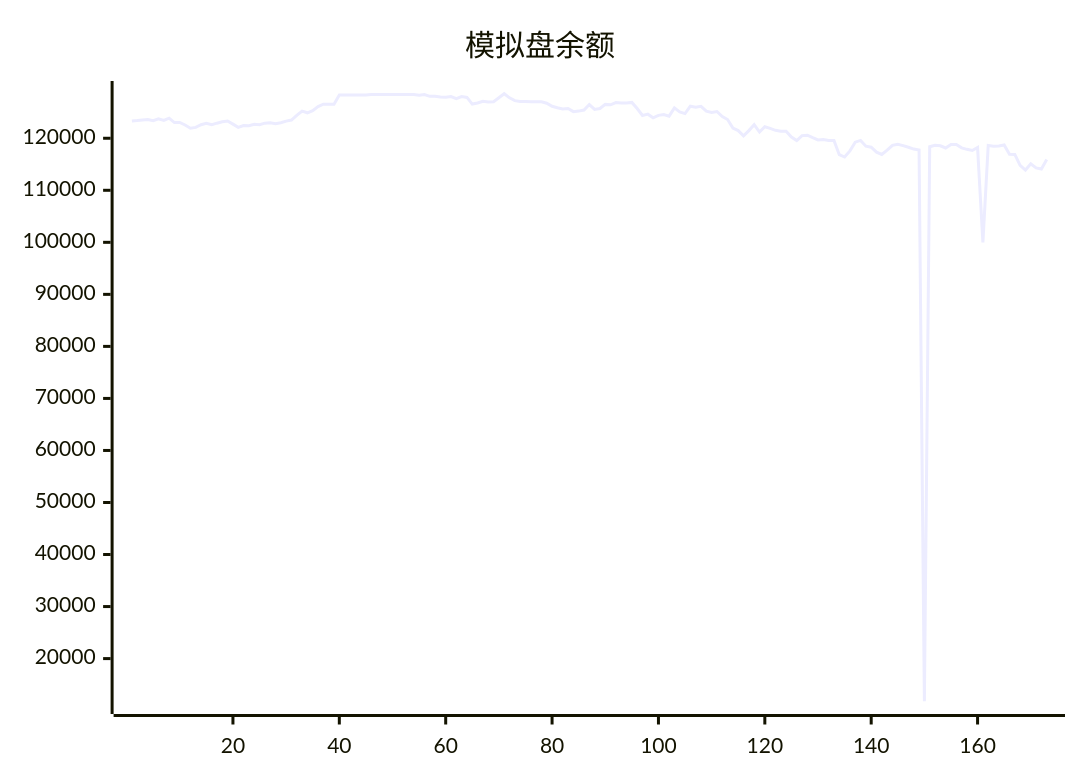
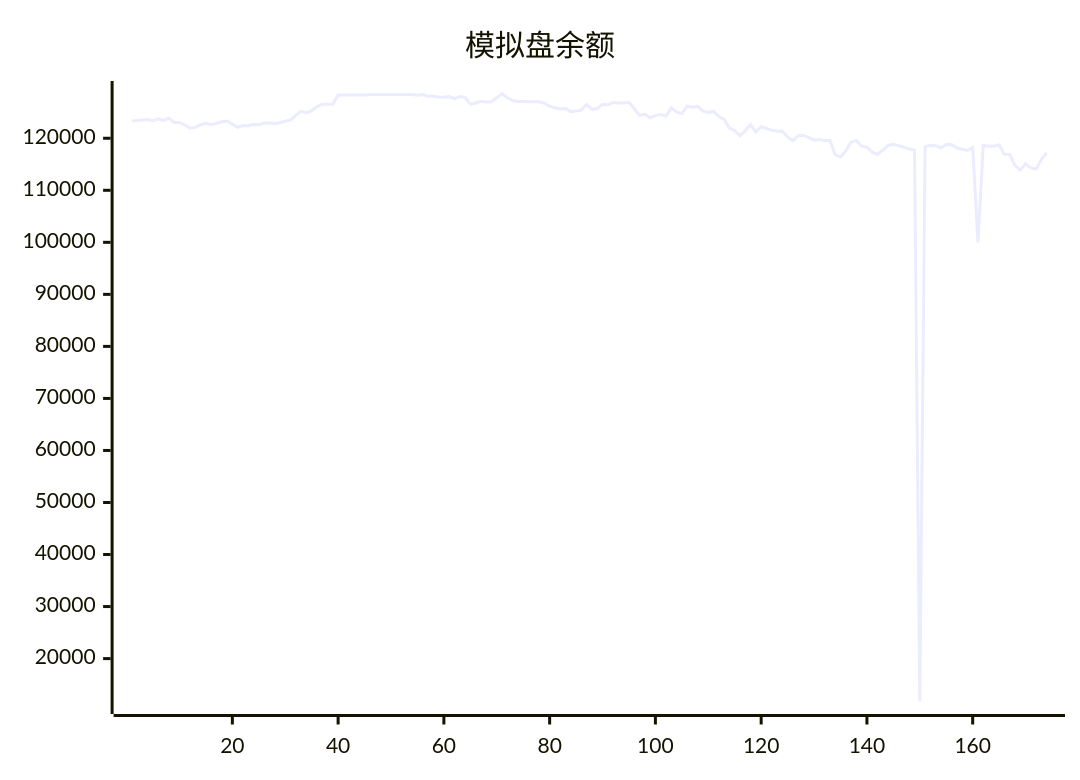
Before and after one commit to aahl/ai-trading: the diagram in README.md, drawn with Mermaid. The commit also changed other lines of this file and 1 other file, not shown here.

````diff
--- a/README.md
+++ b/README.md
@@ -5,5 +5,5 @@
 ```mermaid
 xychart
     title "模拟盘余额"
-    line [123338,123402,123530,123592,123378,123745,123413,123853,123009,123040,122557,121938,122095,122599,122856,122597,122898,123160,123319,122719,122087,122454,122416,122685,122592,122907,122961,122776,122981,123295,123507,124403,125224,124894,125303,126088,126544,126534,126549,128335,128318,128318,128318,128318,128318,128424,128424,128424,128424,128424,128424,128424,128424,128424,128247,128412,128062,128087,127917,127901,128026,127611,128000,127850,126572,126770,127100,126971,127029,127783,128554,127765,127224,127064,127044,127009,127025,127004,126738,126152,125871,125635,125707,125117,125217,125420,126480,125545,125715,126511,126424,126856,126764,126788,126890,125710,124381,124632,123936,124402,124574,124256,125833,125070,124739,126154,125966,126145,125213,124943,125143,124157,123604,121959,121476,120476,121470,122610,121201,122221,121889,121522,121332,121344,120232,119559,120513,120577,120108,119680,119777,119572,119568,116839,116392,117573,119250,119585,118469,118277,117338,116897,117706,118628,118849,118579,118280,117926,117735,11802,118373,118639,118544,118136,118798,118819,118162,117874,117649,118215,100000,118601,118463,118517,118713,116911,116899,114798,113887,115084,114313,114091,115934]
+    line [123338,123402,123530,123592,123378,123745,123413,123853,123009,123040,122557,121938,122095,122599,122856,122597,122898,123160,123319,122719,122087,122454,122416,122685,122592,122907,122961,122776,122981,123295,123507,124403,125224,124894,125303,126088,126544,126534,126549,128335,128318,128318,128318,128318,128318,128424,128424,128424,128424,128424,128424,128424,128424,128424,128247,128412,128062,128087,127917,127901,128026,127611,128000,127850,126572,126770,127100,126971,127029,127783,128554,127765,127224,127064,127044,127009,127025,127004,126738,126152,125871,125635,125707,125117,125217,125420,126480,125545,125715,126511,126424,126856,126764,126788,126890,125710,124381,124632,123936,124402,124574,124256,125833,125070,124739,126154,125966,126145,125213,124943,125143,124157,123604,121959,121476,120476,121470,122610,121201,122221,121889,121522,121332,121344,120232,119559,120513,120577,120108,119680,119777,119572,119568,116839,116392,117573,119250,119585,118469,118277,117338,116897,117706,118628,118849,118579,118280,117926,117735,11802,118373,118639,118544,118136,118798,118819,118162,117874,117649,118215,100000,118601,118463,118517,118713,116911,116899,114798,113887,115084,114313,114091,115934,117221]
 ```
````
